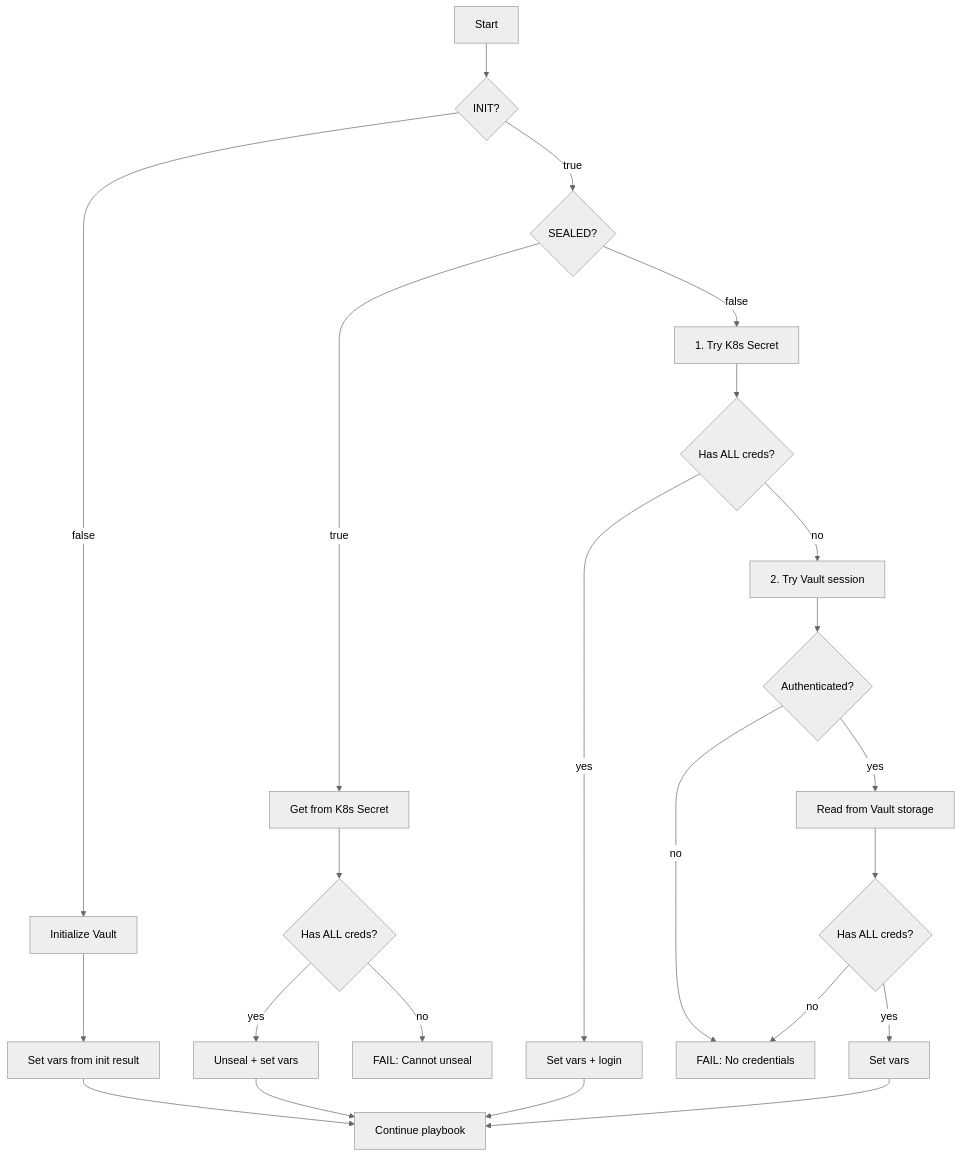
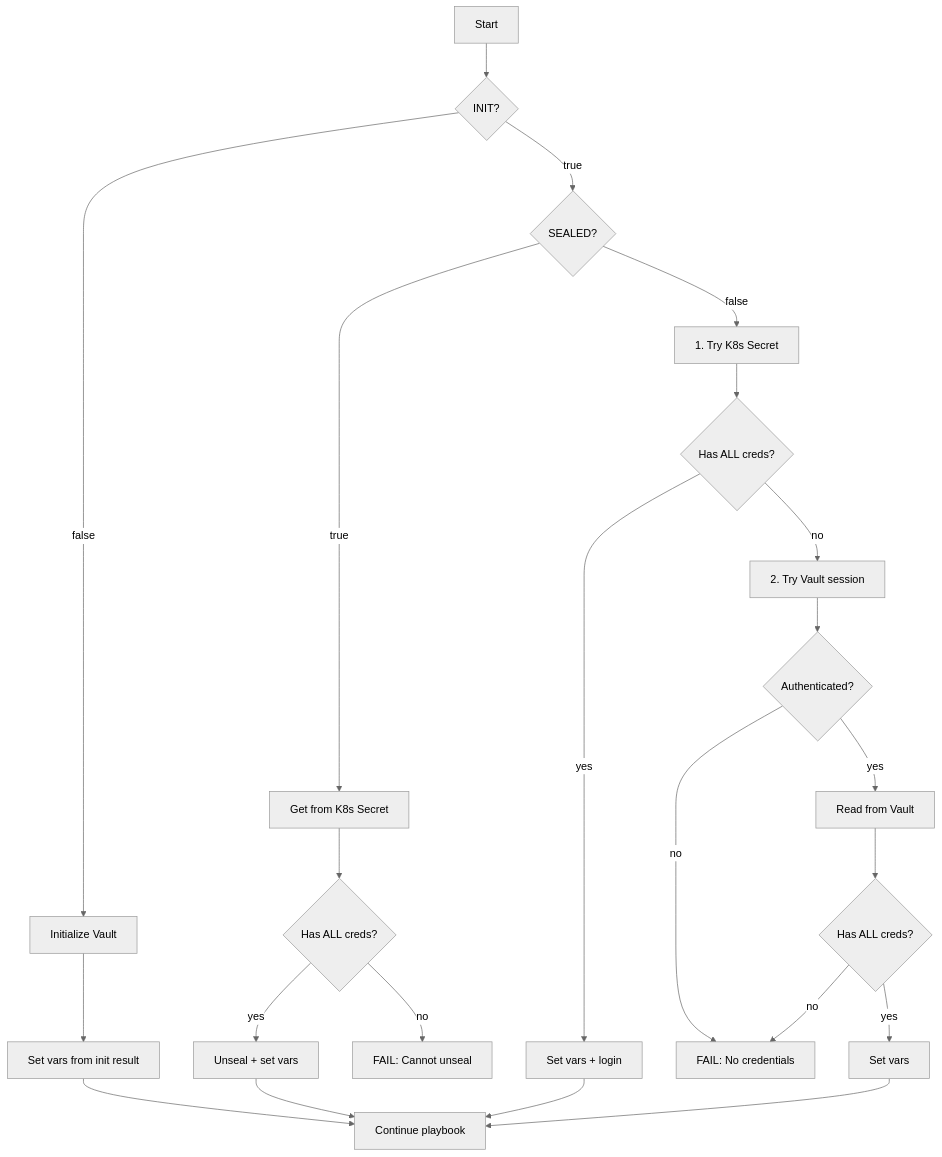
One commit to zibellon/k8s-ansible changed the diagram in docs/vault/install-init-spets.md. Above: the diagram before and after it, drawn with Mermaid (neutral theme). The commit also changed other lines of this file, not shown here.

Commit message:
upd docs for vault-install-init

````diff
--- a/docs/vault/install-init-spets.md
+++ b/docs/vault/install-init-spets.md
@@ -41,31 +26,31 @@
 ```mermaid
 flowchart TD
     Start[Start] --> CheckInit{INIT?}
     
     CheckInit -->|false| DoInit[Initialize Vault]
     DoInit --> SetFromInit[Set vars from init result]
     SetFromInit --> Continue[Continue playbook]
     
     CheckInit -->|true| CheckSeal{SEALED?}
     
-    CheckSeal -->|true| GetK8sSealed[Get from K8s Secret]
-    GetK8sSealed --> HasSealed{Has ALL creds?}
-    HasSealed -->|yes| Unseal[Unseal + set vars]
-    HasSealed -->|no| FailSealed[FAIL: Cannot unseal]
-    Unseal --> Continue
+    CheckSeal -->|true| GetK8sSecretSealed[Get from K8s Secret]
+    GetK8sSecretSealed --> HasK8sSealed{Has ALL creds?}
+    HasK8sSealed -->|yes| UnsealWithK8s[Unseal + set vars]
+    HasK8sSealed -->|no| FailSealed[FAIL: Cannot unseal]
+    UnsealWithK8s --> Continue
     
-    CheckSeal -->|false| GetK8sUnsealed[1. Try K8s Secret]
-    GetK8sUnsealed --> HasK8s{Has ALL creds?}
-    HasK8s -->|yes| Login[Set vars + login]
-    HasK8s -->|no| TryVault[2. Try Vault session]
-    Login --> Continue
+    CheckSeal -->|false| GetK8sSecretUnsealed[1. Try K8s Secret]
+    GetK8sSecretUnsealed --> HasK8sUnsealed{Has ALL creds?}
+    HasK8sUnsealed -->|yes| SetFromK8s[Set vars + login]
+    HasK8sUnsealed -->|no| CheckVaultSession[2. Try Vault session]
+    SetFromK8s --> Continue
     
-    TryVault --> HasSession{Authenticated?}
-    HasSession -->|yes| ReadVault[Read from Vault storage]
+    CheckVaultSession --> HasSession{Authenticated?}
+    HasSession -->|yes| ReadVault[Read from Vault]
     HasSession -->|no| FailUnsealed[FAIL: No credentials]
     
     ReadVault --> HasVaultCreds{Has ALL creds?}
-    HasVaultCreds -->|yes| SetVault[Set vars]
+    HasVaultCreds -->|yes| SetFromVault[Set vars]
     HasVaultCreds -->|no| FailUnsealed
-    SetVault --> Continue
+    SetFromVault --> Continue
 ```
````
